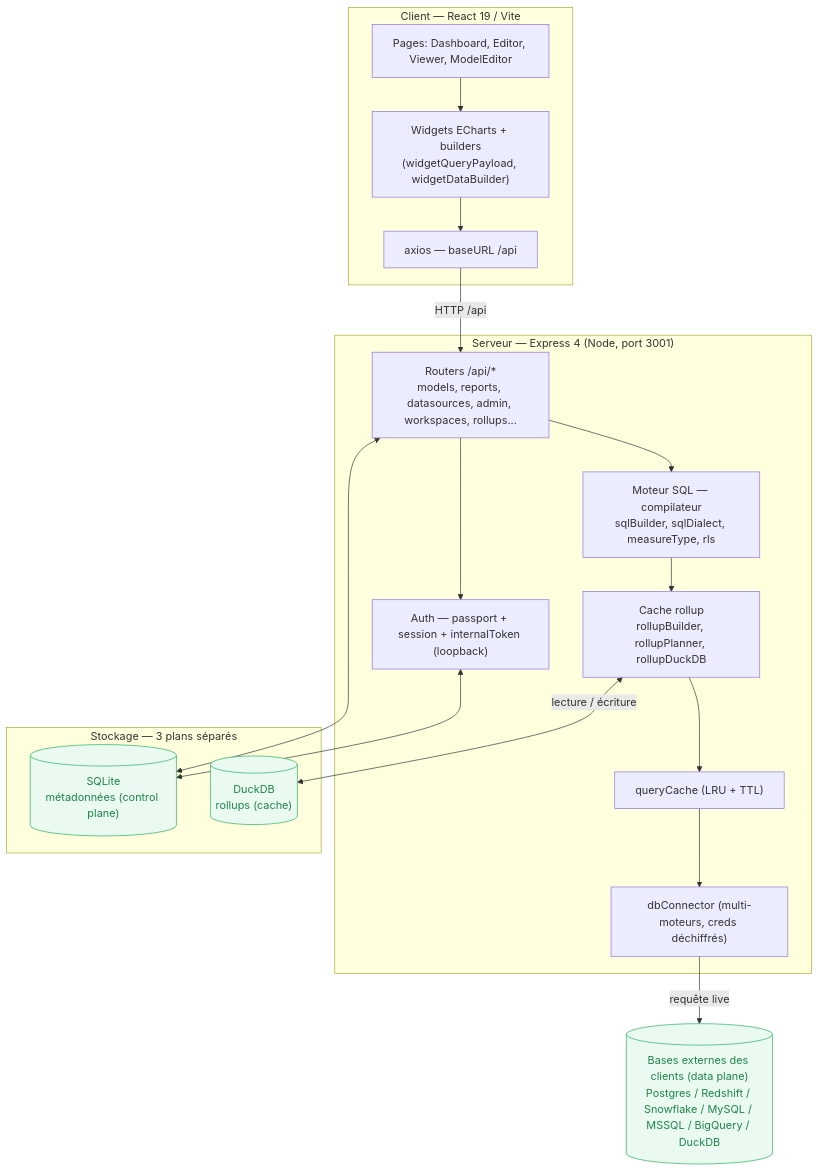
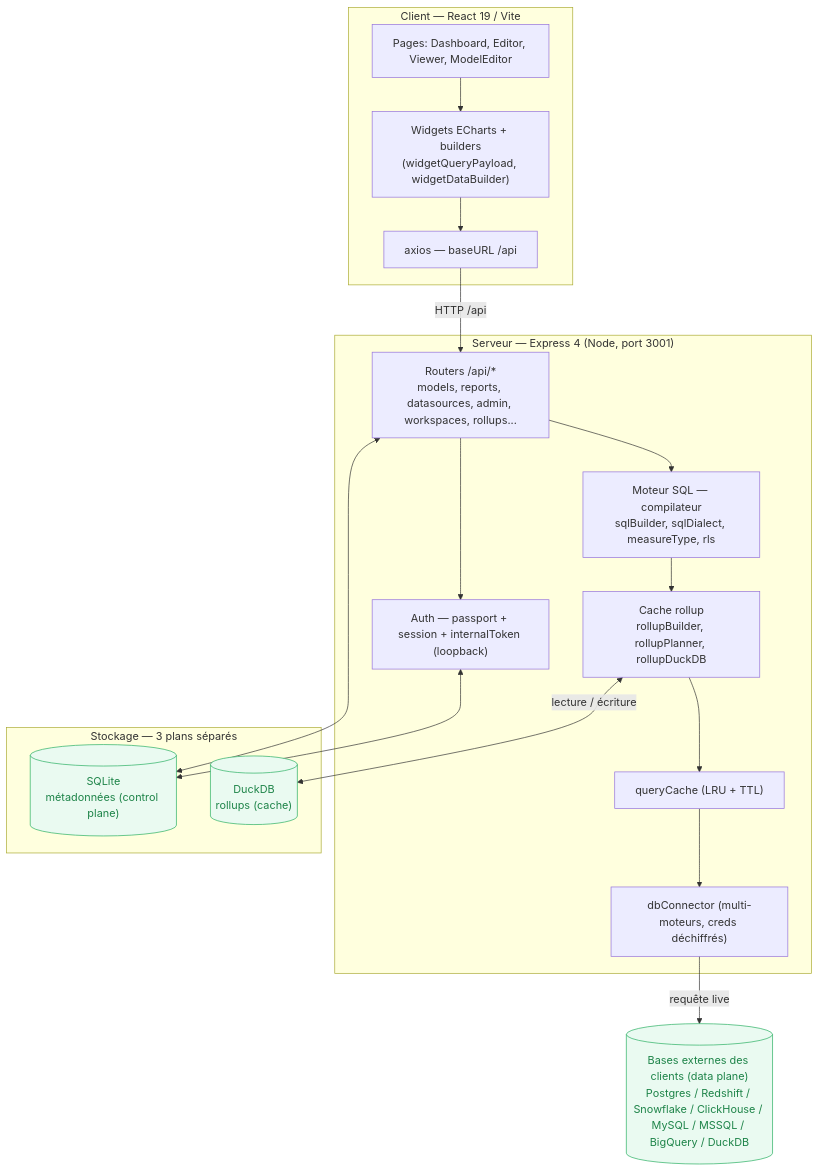
One commit to cracky777/openreport changed the first of 5 diagrams in docs/ARCHITECTURE.md. Above: the diagram before and after it, drawn with Mermaid. The commit also changed other lines of this file and 22 other files, not shown here.

````diff
--- a/docs/ARCHITECTURE.md
+++ b/docs/ARCHITECTURE.md
@@ -36,37 +36,37 @@
 ```mermaid
 flowchart TB
   subgraph Client["Client — React 19 / Vite"]
     UI["Pages: Dashboard, Editor, Viewer, ModelEditor"]
     WIDG["Widgets ECharts + builders<br/>(widgetQueryPayload, widgetDataBuilder)"]
     AX["axios — baseURL /api"]
     UI --> WIDG --> AX
   end
 
   subgraph Server["Serveur — Express 4 (Node, port 3001)"]
     RT["Routers /api/*<br/>models, reports, datasources, admin, workspaces, rollups..."]
     AUTH["Auth — passport + session + internalToken (loopback)"]
     ENG["Moteur SQL — compilateur<br/>sqlBuilder, sqlDialect, measureType, rls"]
     ROLL["Cache rollup<br/>rollupBuilder, rollupPlanner, rollupDuckDB"]
     QC["queryCache (LRU + TTL)"]
     CONN["dbConnector (multi-moteurs, creds déchiffrés)"]
   end
 
   subgraph Data["Stockage — 3 plans séparés"]
     META[("SQLite<br/>métadonnées (control plane)")]
     RUP[("DuckDB<br/>rollups (cache)")]
   end
-  EXT[("Bases externes des clients (data plane)<br/>Postgres / Redshift / Snowflake / MySQL / MSSQL / BigQuery / DuckDB")]
+  EXT[("Bases externes des clients (data plane)<br/>Postgres / Redshift / Snowflake / ClickHouse / MySQL / MSSQL / BigQuery / DuckDB")]
 
   AX -->|"HTTP /api"| RT
   RT --> AUTH
   RT --> ENG
   ENG --> ROLL
   ROLL --> QC --> CONN
   CONN -->|"requête live"| EXT
   ROLL <-->|"lecture / écriture"| RUP
   RT <--> META
   AUTH <--> META
 
   classDef strong fill:#eafaf1,stroke:#27ae60,stroke-width:1px,color:#1e8449;
   class META,RUP,EXT strong
 ```
````
